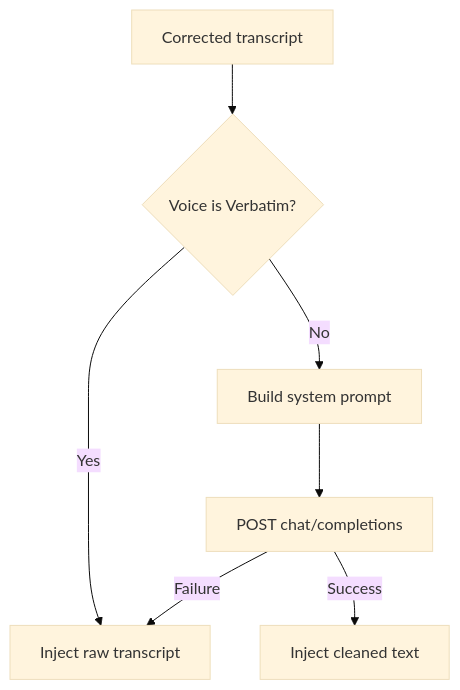
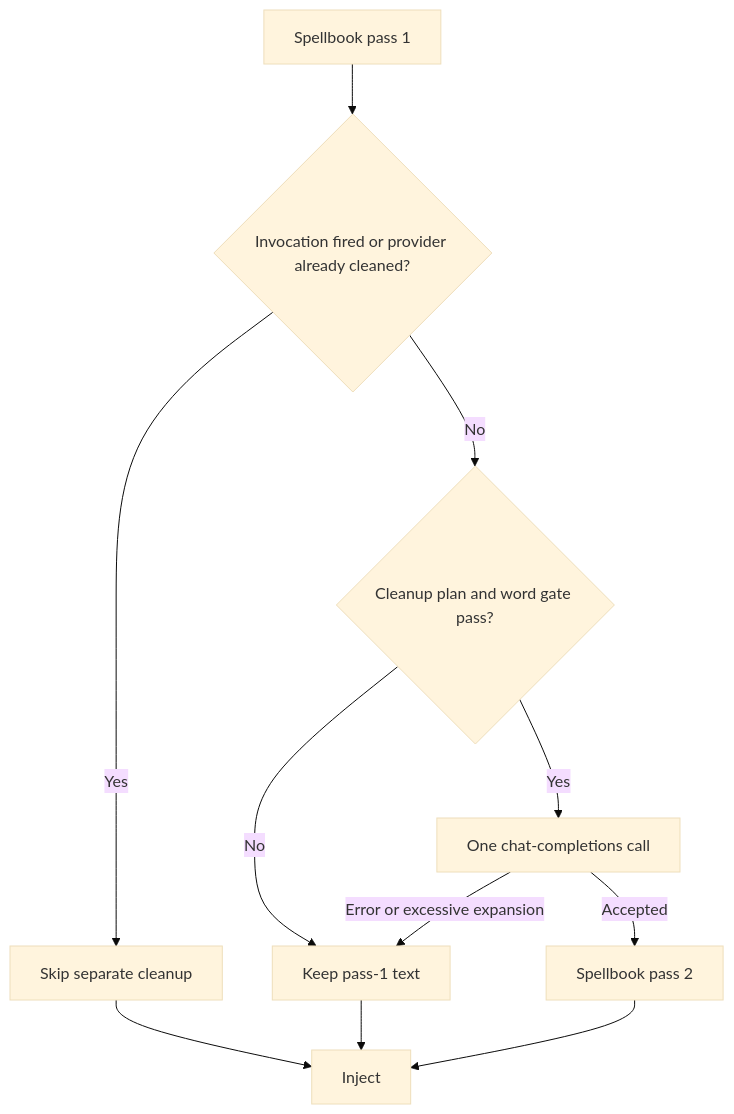
One commit to BoardPandas/Hark changed the diagram in Docs/features/VOICE_CLEANUP.md. Above: the diagram before and after it, drawn with Mermaid (base theme). The commit also changed other lines of this file and 25 other files, not shown here.

````diff
--- a/Docs/features/VOICE_CLEANUP.md
+++ b/Docs/features/VOICE_CLEANUP.md
@@ -27,9 +33,13 @@
 ```mermaid
 graph TD
-    A["Corrected transcript"] --> B{"Voice is Verbatim?"}
-    B -->|"Yes"| C["Inject raw transcript"]
-    B -->|"No"| D["Build system prompt"]
-    D --> E["POST chat/completions"]
-    E -->|"Success"| F["Inject cleaned text"]
-    E -->|"Failure"| C
+    A["Spellbook pass 1"] --> B{"Invocation fired or provider already cleaned?"}
+    B -->|"Yes"| C["Skip separate cleanup"]
+    B -->|"No"| D{"Cleanup plan and word gate pass?"}
+    D -->|"No"| E["Keep pass-1 text"]
+    D -->|"Yes"| F["One chat-completions call"]
+    F -->|"Error or excessive expansion"| E
+    F -->|"Accepted"| G["Spellbook pass 2"]
+    C --> H["Inject"]
+    E --> H
+    G --> H
 ```
````
